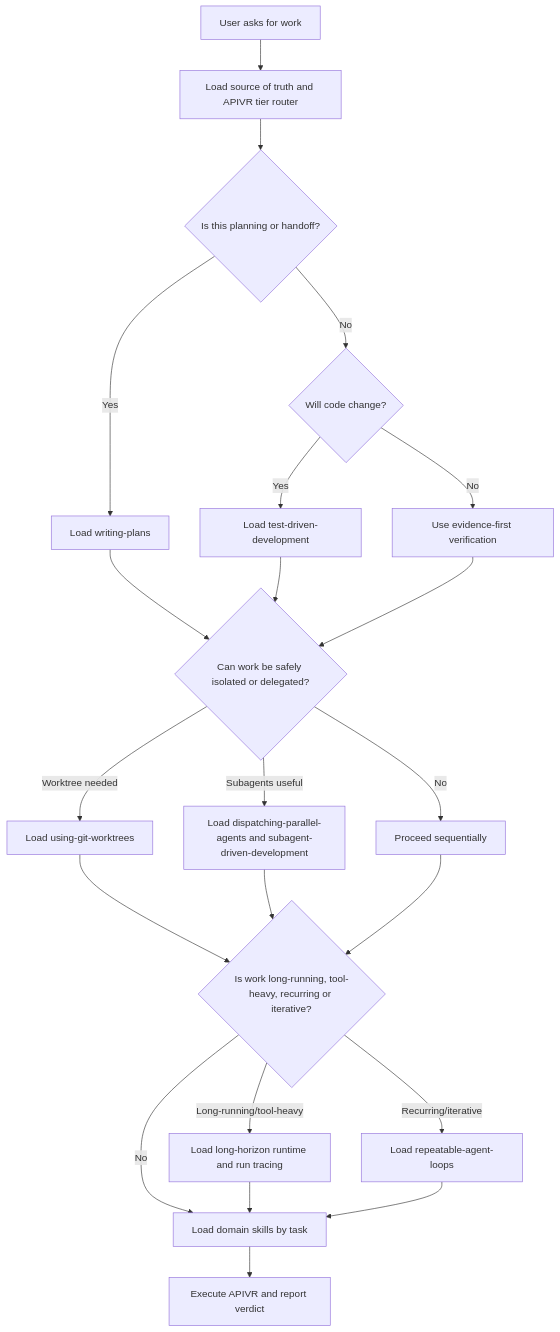
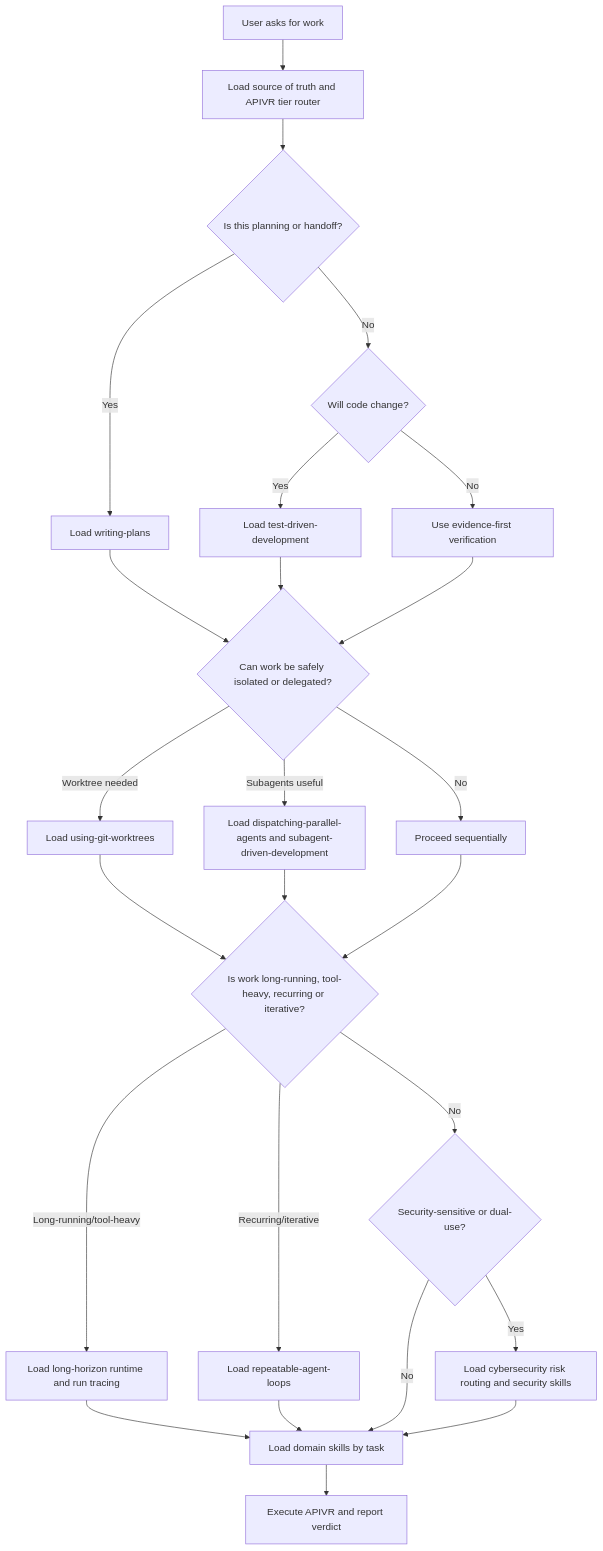
One commit to wfprieto/wcbs-build-kit changed the diagram in skills/super-build-kit/SKILL.md. Above: the diagram before and after it, drawn with Mermaid. The commit also changed other lines of this file and 71 other files, not shown here.

````diff
--- a/skills/super-build-kit/SKILL.md
+++ b/skills/super-build-kit/SKILL.md
@@ -23,24 +23,27 @@
 ```mermaid
 flowchart TD
   A["User asks for work"] --> B["Load source of truth and APIVR tier router"]
   B --> C{"Is this planning or handoff?"}
   C -- "Yes" --> D["Load writing-plans"]
   C -- "No" --> E{"Will code change?"}
   E -- "Yes" --> F["Load test-driven-development"]
   E -- "No" --> G["Use evidence-first verification"]
   D --> H{"Can work be safely isolated or delegated?"}
   F --> H
   G --> H
   H -- "Worktree needed" --> I["Load using-git-worktrees"]
   H -- "Subagents useful" --> J["Load dispatching-parallel-agents and subagent-driven-development"]
   H -- "No" --> K["Proceed sequentially"]
   I --> L{"Is work long-running, tool-heavy, recurring or iterative?"}
   J --> L
   K --> L
   L -- "Long-running/tool-heavy" --> M["Load long-horizon runtime and run tracing"]
   L -- "Recurring/iterative" --> P["Load repeatable-agent-loops"]
-  L -- "No" --> N["Load domain skills by task"]
+  L -- "No" --> Q{"Security-sensitive or dual-use?"}
   M --> N
   P --> N
+  Q -- "Yes" --> R["Load cybersecurity risk routing and security skills"]
+  Q -- "No" --> N["Load domain skills by task"]
+  R --> N
   N --> O["Execute APIVR and report verdict"]
 ```
````
